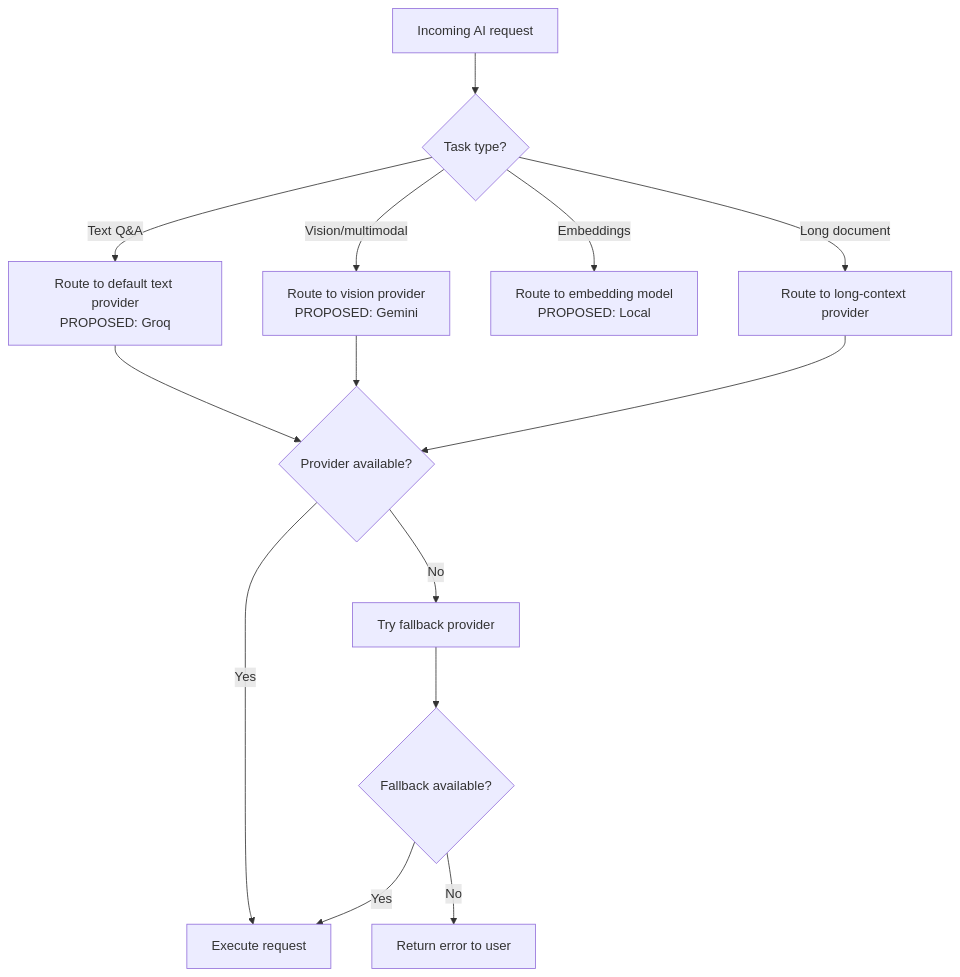
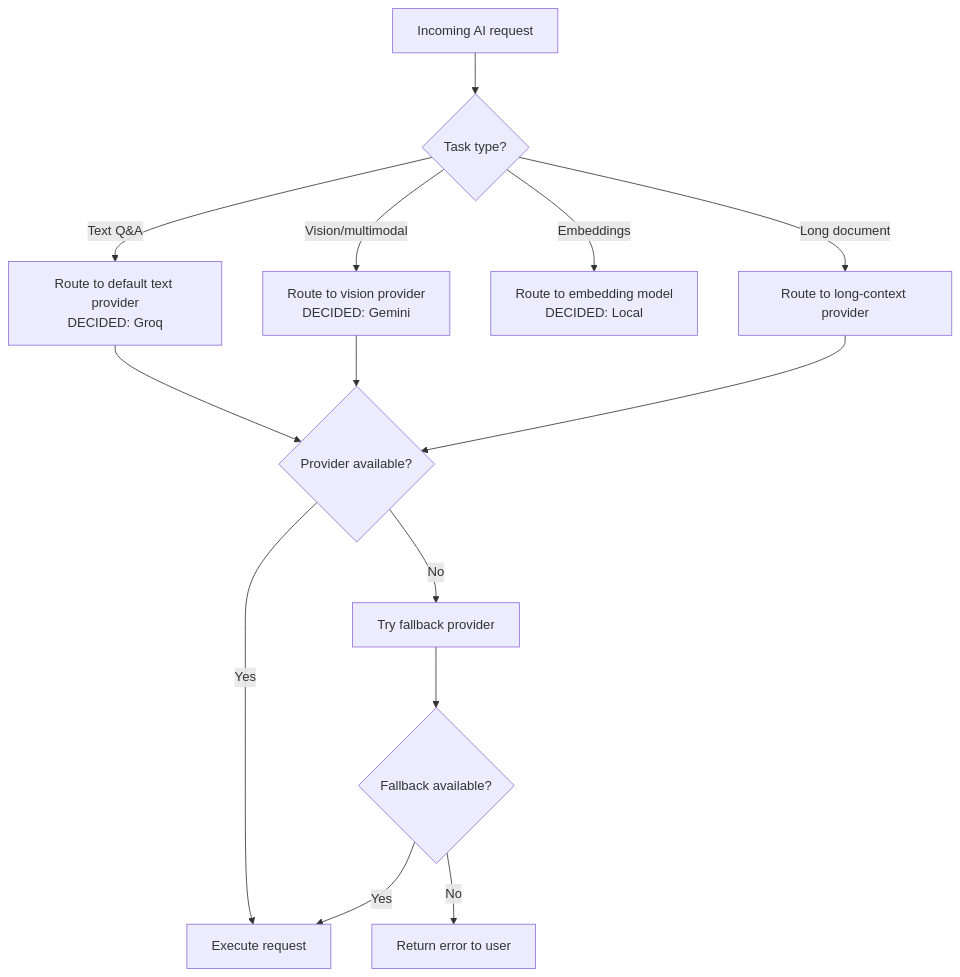
The second of 6 diagrams in AI_ARCHITECTURE.md (aryxn-builds/DocuMind-AI), drawn with Mermaid before and after one commit. The commit also changed other lines of this file and 47 other files, not shown here.

````diff
--- a/AI_ARCHITECTURE.md
+++ b/AI_ARCHITECTURE.md
@@ -126,17 +126,17 @@
 ```mermaid
 flowchart TD
     A[Incoming AI request] --> B{Task type?}
-    B -->|Text Q&A| C[Route to default text provider<br/>PROPOSED: Groq]
-    B -->|Vision/multimodal| D[Route to vision provider<br/>PROPOSED: Gemini]
-    B -->|Embeddings| E[Route to embedding model<br/>PROPOSED: Local]
+    B -->|Text Q&A| C[Route to default text provider<br/>DECIDED: Groq]
+    B -->|Vision/multimodal| D[Route to vision provider<br/>DECIDED: Gemini]
+    B -->|Embeddings| E[Route to embedding model<br/>DECIDED: Local]
     B -->|Long document| F[Route to long-context provider]
 
     C --> G{Provider available?}
     D --> G
     F --> G
     G -->|Yes| H[Execute request]
     G -->|No| I[Try fallback provider]
     I --> J{Fallback available?}
     J -->|Yes| H
     J -->|No| K[Return error to user]
 ```
````
